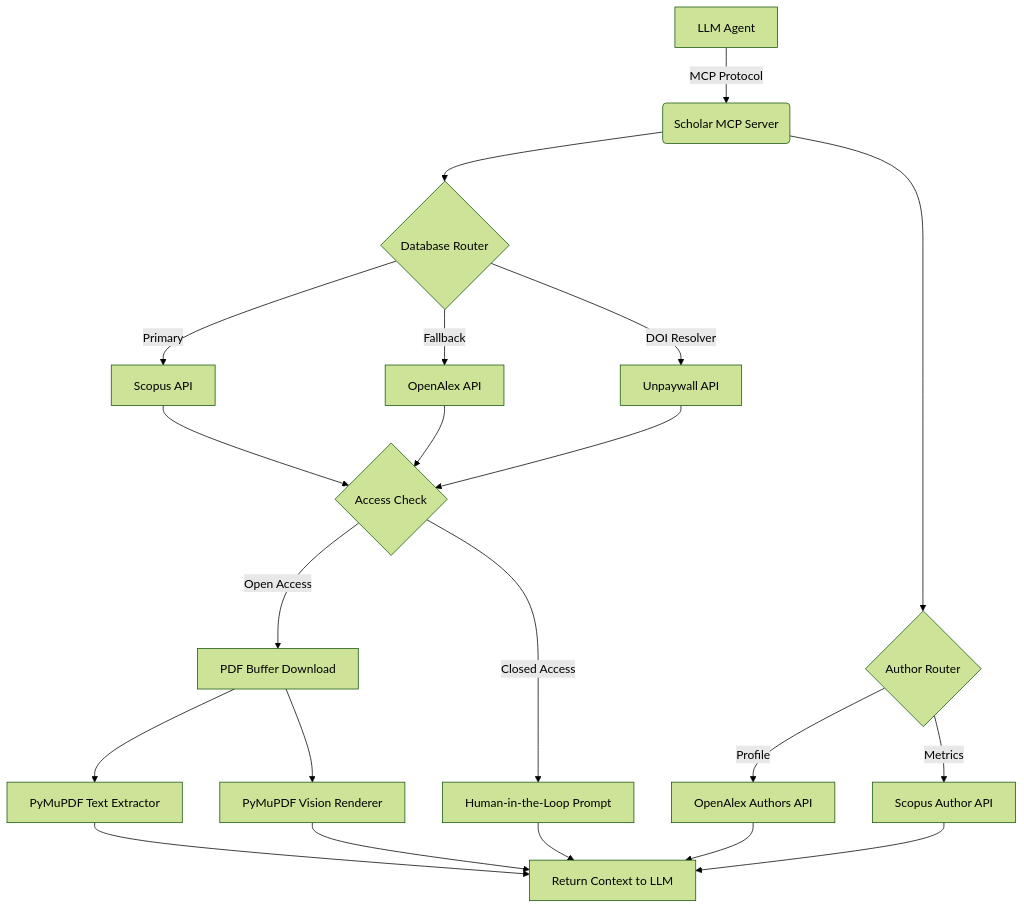
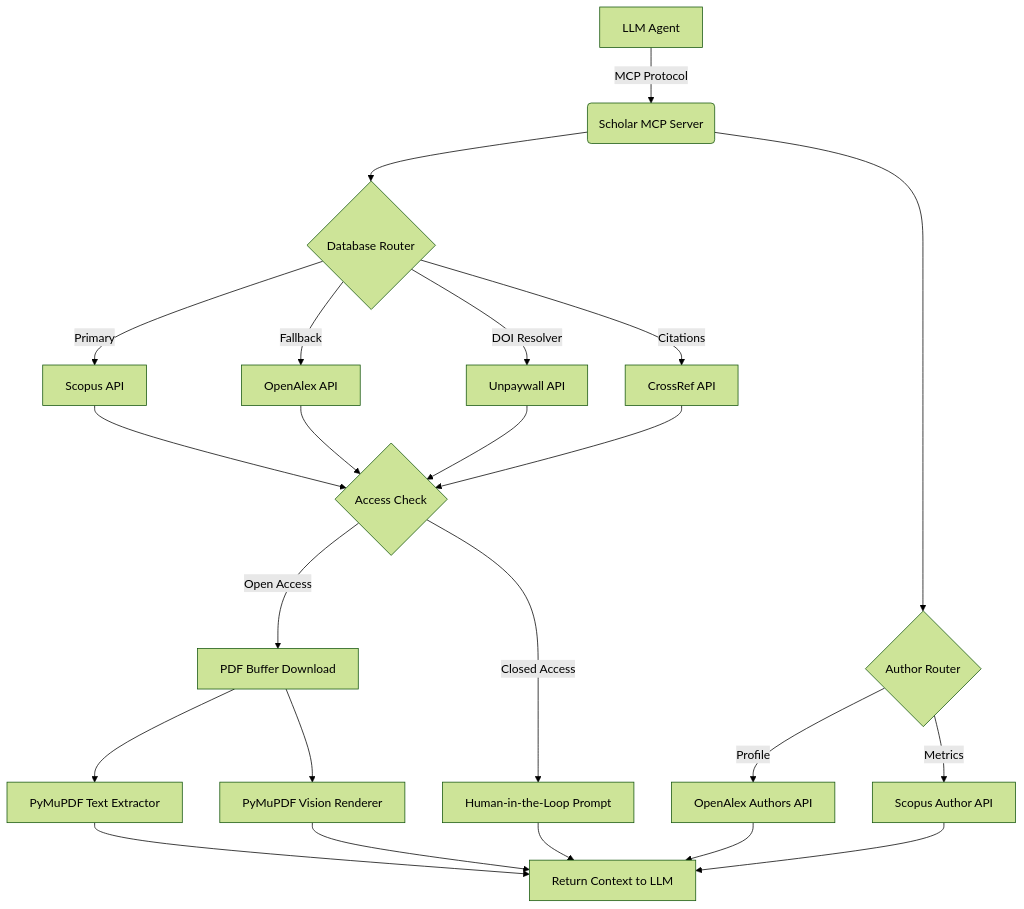
Before and after one commit to mlintangmz2765/Scholar-MCP: the diagram in README.md, drawn with Mermaid (forest theme). The commit also changed other lines of this file and 12 other files, not shown here.

````diff
--- a/README.md
+++ b/README.md
@@ -39,23 +47,27 @@
 ```mermaid
 graph TD
     A[LLM Agent] -->|MCP Protocol| B(Scholar MCP Server)
     B --> C{Database Router}
     C -->|Primary| D[Scopus API]
     C -->|Fallback| E[OpenAlex API]
     C -->|DOI Resolver| F[Unpaywall API]
+    C -->|Citations| P[CrossRef API]
+    
     D --> G{Access Check}
     E --> G
     F --> G
+    P --> G
+    
     G -->|Open Access| H[PDF Buffer Download]
     G -->|Closed Access| I[Human-in-the-Loop Prompt]
     H --> J[PyMuPDF Text Extractor]
     H --> K[PyMuPDF Vision Renderer]
     J --> L[Return Context to LLM]
     K --> L
     I --> L
     B --> M{Author Router}
     M -->|Profile| N[OpenAlex Authors API]
     M -->|Metrics| O[Scopus Author API]
     N --> L
     O --> L
 ```
````
